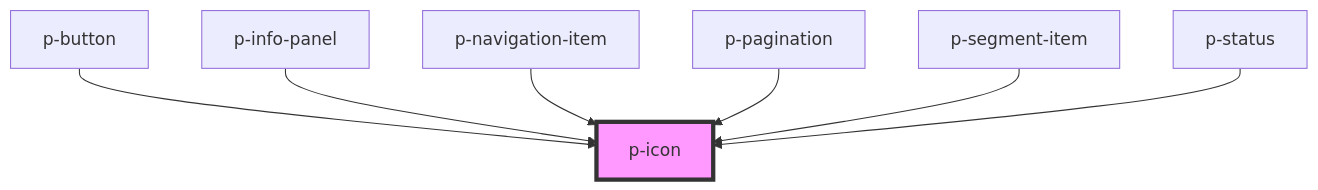
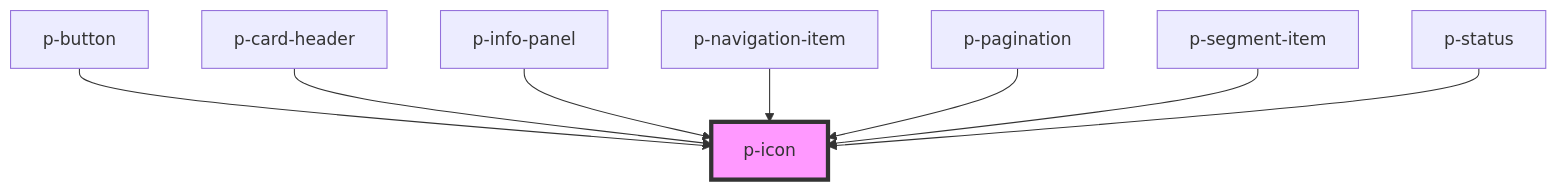
The diagram in packages/core/src/components/atoms/icon/readme.md (Employes/paperless), drawn with Mermaid before and after one commit. The commit also changed other lines of this file and 8 other files, not shown here.

Commit message:
feat(Atoms): Add card header component

````diff
--- a/packages/core/src/components/atoms/icon/readme.md
+++ b/packages/core/src/components/atoms/icon/readme.md
@@ -34,10 +35,11 @@
 ```mermaid
 graph TD;
   p-button --> p-icon
+  p-card-header --> p-icon
   p-info-panel --> p-icon
   p-navigation-item --> p-icon
   p-pagination --> p-icon
   p-segment-item --> p-icon
   p-status --> p-icon
   style p-icon fill:#f9f,stroke:#333,stroke-width:4px
 ```
````
